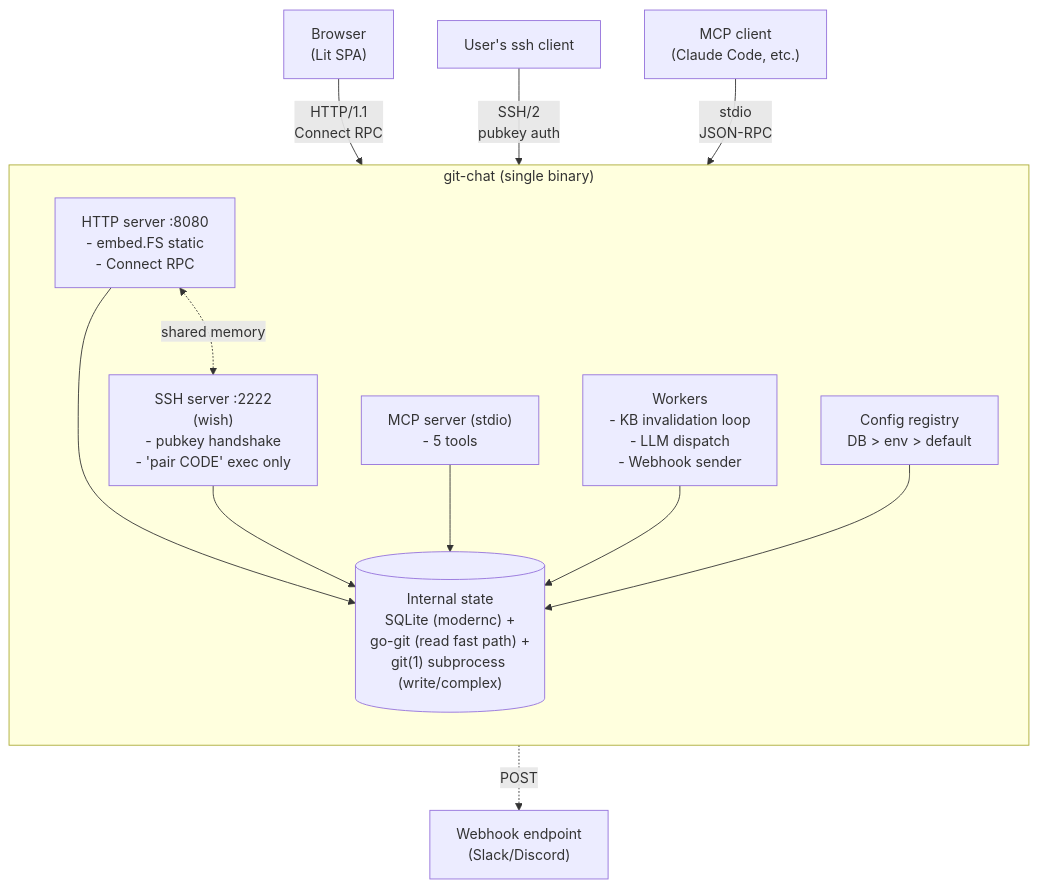
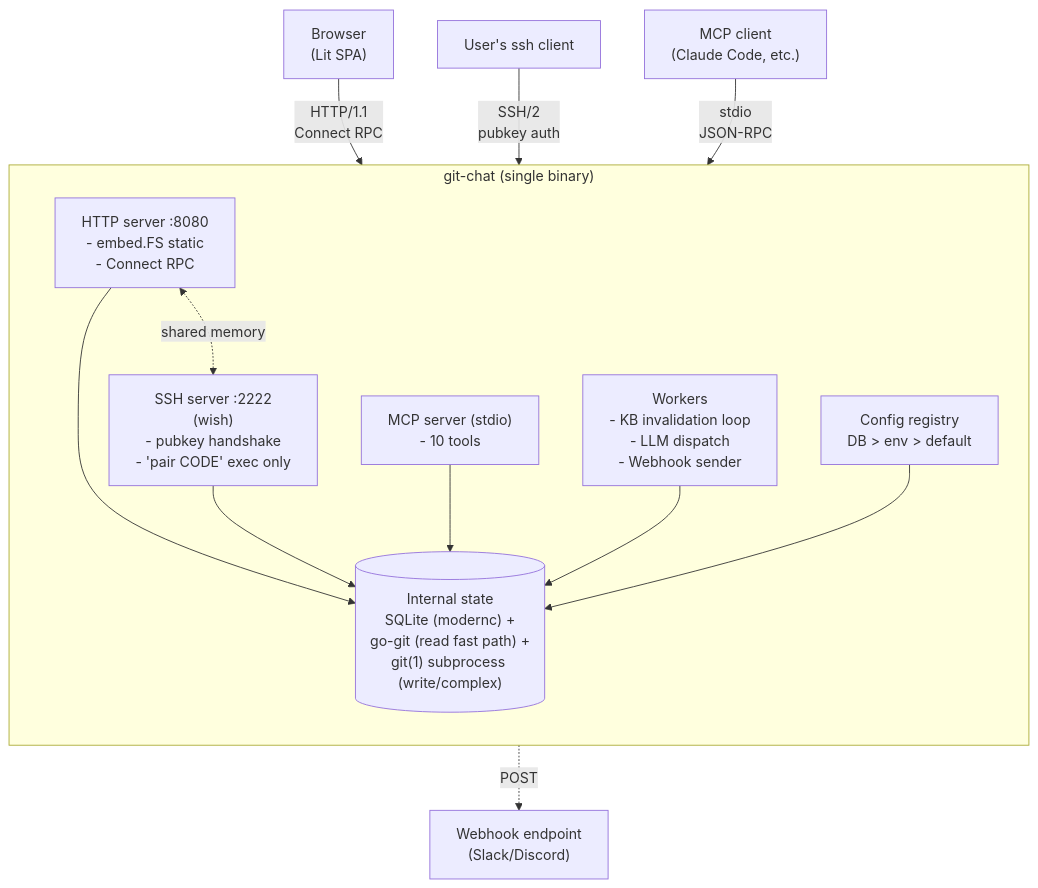
Before and after one commit to pders01/git-chat: the first of 2 diagrams in docs/ARCHITECTURE.md, drawn with Mermaid. The commit also changed other lines of this file and 2 other files, not shown here.

First line of the commit message:
docs: update for MCP tool parity, settings overhaul, security fixes

````diff
--- a/docs/ARCHITECTURE.md
+++ b/docs/ARCHITECTURE.md
@@ -77,30 +77,30 @@
 ```mermaid
 flowchart TB
     browser["Browser<br/>(Lit SPA)"]
     sshcli["User's ssh client"]
     mcpcli["MCP client<br/>(Claude Code, etc.)"]
     webhookdst["Webhook endpoint<br/>(Slack/Discord)"]
 
     subgraph binary["git-chat (single binary)"]
         direction TB
         http["HTTP server :8080<br/>- embed.FS static<br/>- Connect RPC"]
         ssh["SSH server :2222<br/>(wish)<br/>- pubkey handshake<br/>- 'pair CODE' exec only"]
-        mcp["MCP server (stdio)<br/>- 5 tools"]
+        mcp["MCP server (stdio)<br/>- 10 tools"]
         workers["Workers<br/>- KB invalidation loop<br/>- LLM dispatch<br/>- Webhook sender"]
         config["Config registry<br/>DB > env > default"]
 
         state[("Internal state<br/>SQLite (modernc) +<br/>go-git (read fast path) +<br/>git(1) subprocess (write/complex)")]
 
         http --> state
         ssh --> state
         mcp --> state
         workers --> state
         config --> state
         http <-.shared memory.-> ssh
     end
 
     browser -- "HTTP/1.1<br/>Connect RPC" --> http
     sshcli -- "SSH/2<br/>pubkey auth" --> ssh
     mcpcli -- "stdio<br/>JSON-RPC" --> mcp
     workers -. "POST" .-> webhookdst
 ```
````
